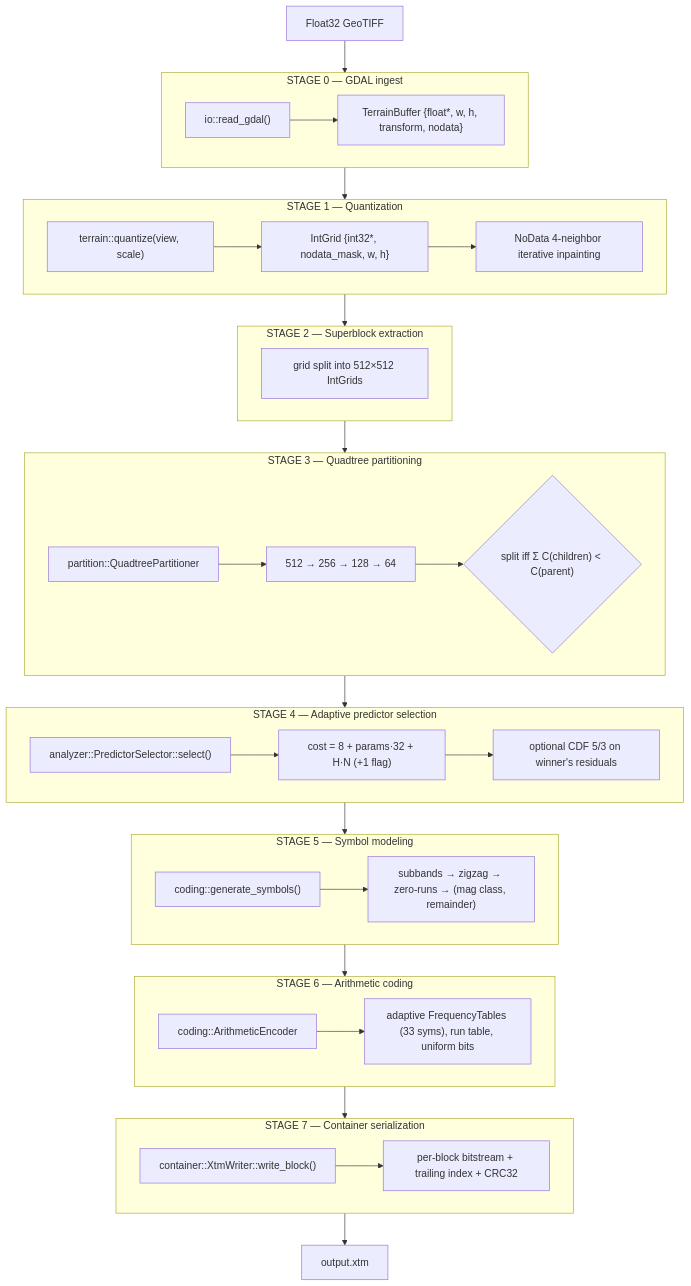
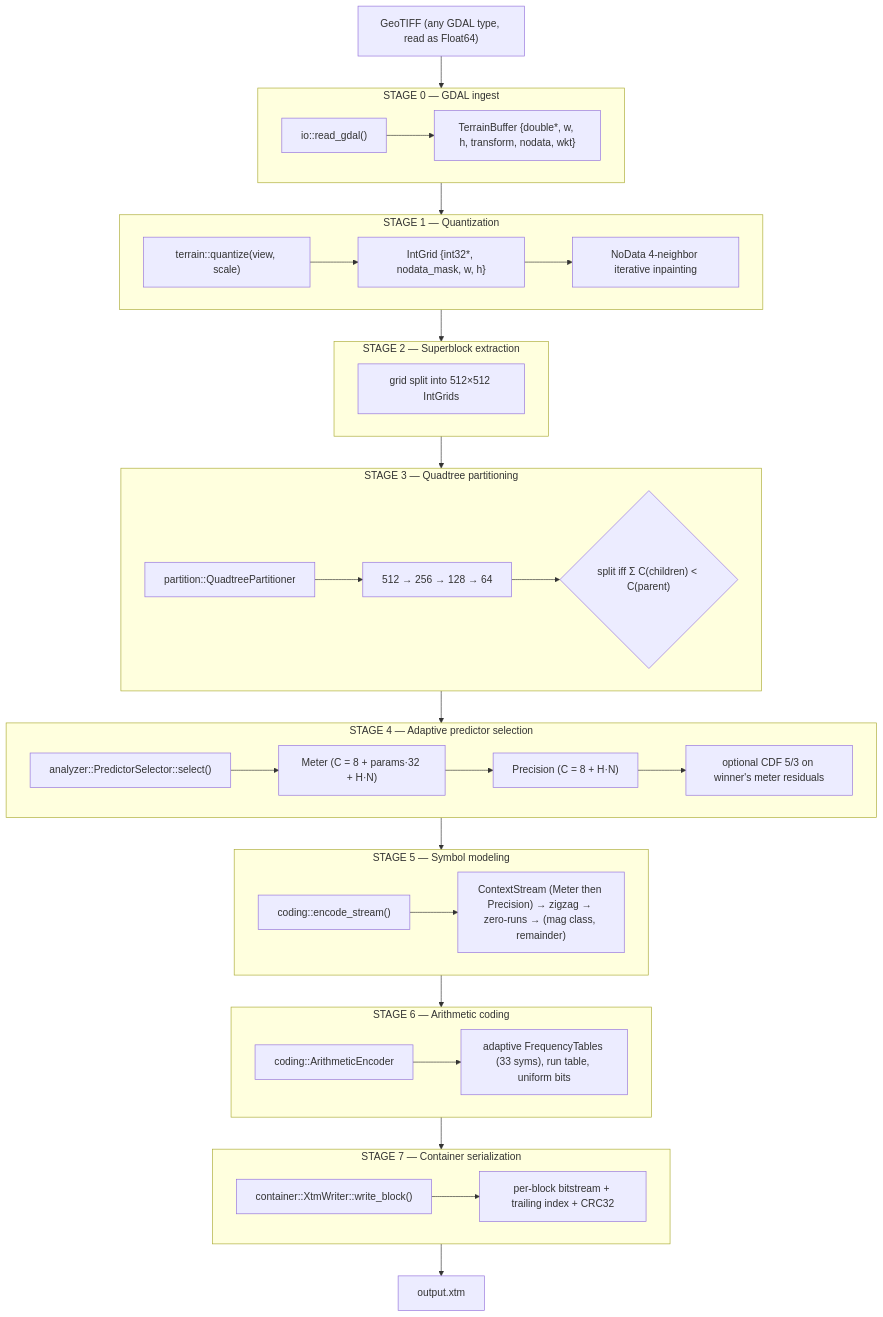
Before and after one commit to yashwk/libxtm: the second of 12 diagrams in docs/pipeline.md, drawn with Mermaid. The commit also changed other lines of this file and 70 other files, not shown here.

````diff
--- a/docs/pipeline.md
+++ b/docs/pipeline.md
@@ -75,55 +75,56 @@
 ```mermaid
 flowchart TB
-    IN["Float32 GeoTIFF"] --> S0
+    IN["GeoTIFF (any GDAL type, read as Float64)"] --> S0
 
     subgraph S0["STAGE 0 — GDAL ingest"]
         direction LR
-        S0a["io::read_gdal()"] --> S0b["TerrainBuffer {float*, w, h, transform, nodata}"]
+        S0a["io::read_gdal()"] --> S0b["TerrainBuffer {double*, w, h, transform, nodata, wkt}"]
     end
     S0 --> S1
 
     subgraph S1["STAGE 1 — Quantization"]
         direction LR
         S1a["terrain::quantize(view, scale)"] --> S1b["IntGrid {int32*, nodata_mask, w, h}"]
         S1b --> S1c["NoData 4-neighbor iterative inpainting"]
     end
     S1 --> S2
 
     subgraph S2["STAGE 2 — Superblock extraction"]
         direction LR
         S2a["grid split into 512×512 IntGrids"]
     end
     S2 --> S3
 
     subgraph S3["STAGE 3 — Quadtree partitioning"]
         direction LR
         S3a["partition::QuadtreePartitioner"] --> S3b["512 → 256 → 128 → 64"]
         S3b --> S3c{"split iff Σ C(children) < C(parent)"}
     end
     S3 --> S4
 
     subgraph S4["STAGE 4 — Adaptive predictor selection"]
         direction LR
-        S4a["analyzer::PredictorSelector::select()"] --> S4b["cost = 8 + params·32 + H·N (+1 flag)"]
-        S4b --> S4c["optional CDF 5/3 on winner's residuals"]
+        S4a["analyzer::PredictorSelector::select()"] --> S4b["Meter (C = 8 + params·32 + H·N)"]
+        S4b --> S4c["Precision (C = 8 + H·N)"]
+        S4c --> S4d["optional CDF 5/3 on winner's meter residuals"]
     end
     S4 --> S5
 
     subgraph S5["STAGE 5 — Symbol modeling"]
         direction LR
-        S5a["coding::generate_symbols()"] --> S5b["subbands → zigzag → zero-runs → (mag class, remainder)"]
+        S5a["coding::encode_stream()"] --> S5b["ContextStream (Meter then Precision) → zigzag → zero-runs → (mag class, remainder)"]
     end
     S5 --> S6
 
     subgraph S6["STAGE 6 — Arithmetic coding"]
         direction LR
         S6a["coding::ArithmeticEncoder"] --> S6b["adaptive FrequencyTables (33 syms), run table, uniform bits"]
     end
     S6 --> S7
 
     subgraph S7["STAGE 7 — Container serialization"]
         direction LR
         S7a["container::XtmWriter::write_block()"] --> S7b["per-block bitstream + trailing index + CRC32"]
     end
     S7 --> OUT["output.xtm"]
 ```
````
